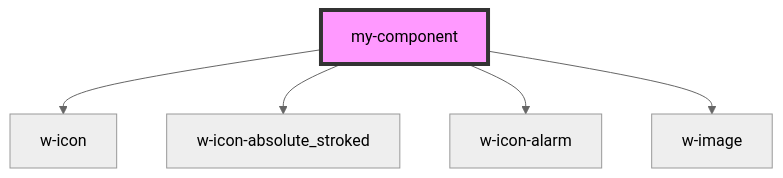
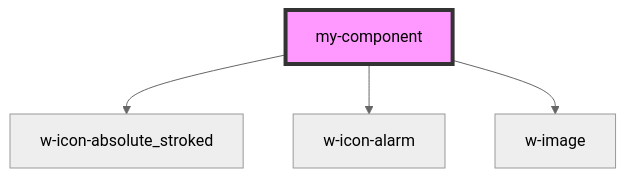
One commit to dockersurface/wheel-design changed the diagram in packages/components/src/components/my-component/readme.md. Above: the diagram before and after it, drawn with Mermaid (neutral theme). The commit also changed other lines of this file and 77 other files, not shown here.

````diff
--- a/packages/components/src/components/my-component/readme.md
+++ b/packages/components/src/components/my-component/readme.md
@@ -27,8 +24,7 @@
 ```mermaid
 graph TD;
-  my-component --> w-icon
   my-component --> w-icon-absolute_stroked
   my-component --> w-icon-alarm
   my-component --> w-image
   style my-component fill:#f9f,stroke:#333,stroke-width:4px
 ```
````
